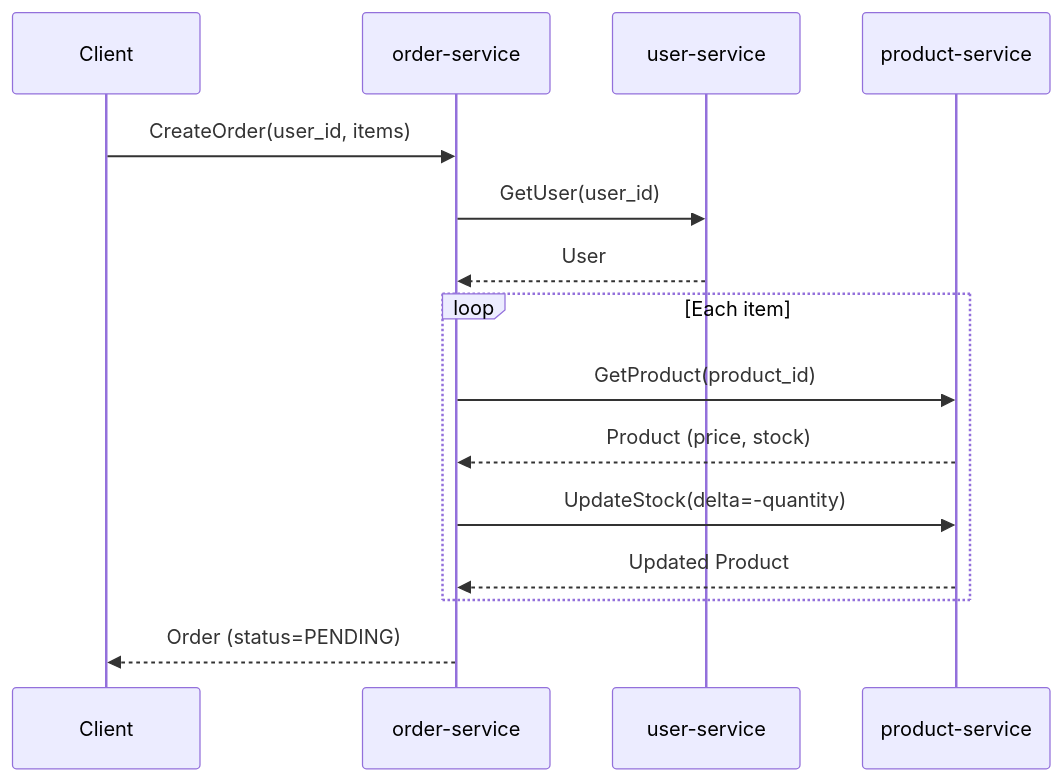
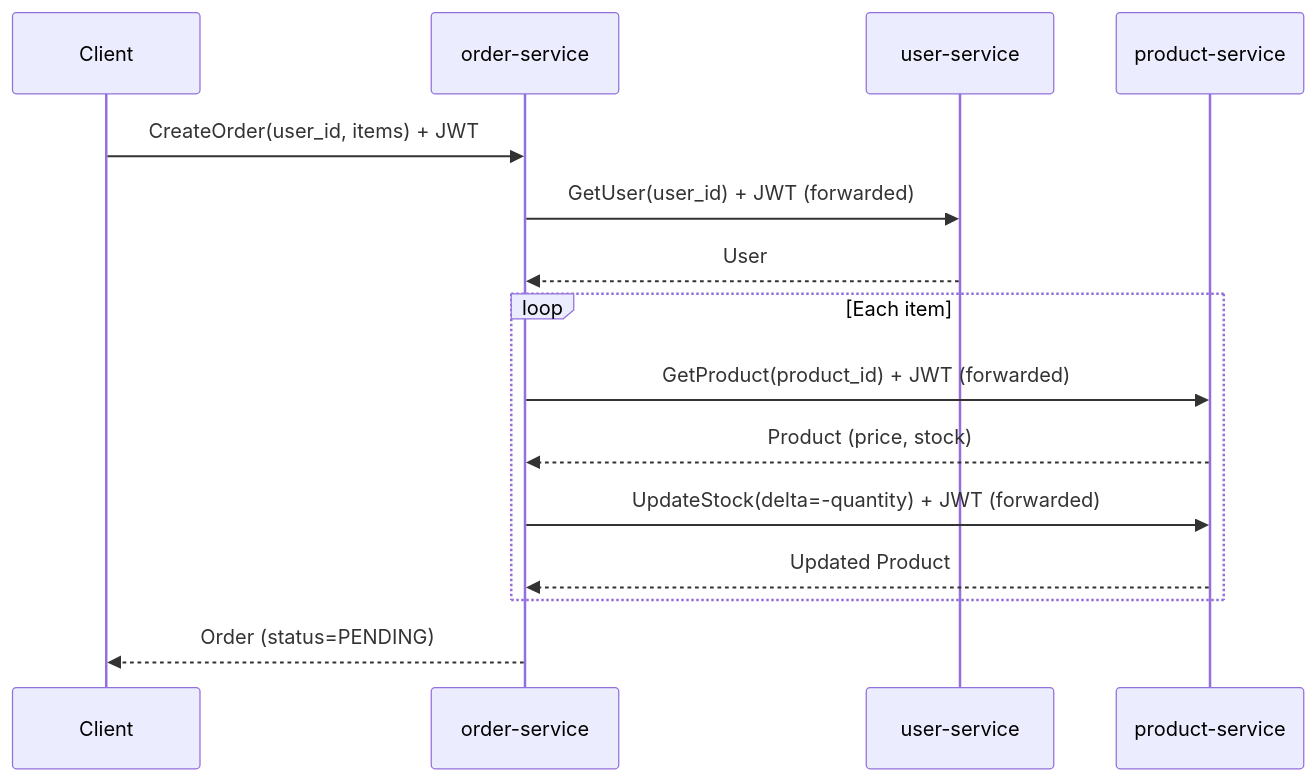
One commit to kkito0726/golang-connect-microservice changed the third of 5 diagrams in README.md. Above: the diagram before and after it, drawn with Mermaid. The commit also changed other lines of this file, not shown here.

````diff
--- a/README.md
+++ b/README.md
@@ -54,18 +71,18 @@
 ```mermaid
 sequenceDiagram
     participant Client
     participant Order as order-service
     participant User as user-service
     participant Product as product-service
 
-    Client->>Order: CreateOrder(user_id, items)
-    Order->>User: GetUser(user_id)
+    Client->>Order: CreateOrder(user_id, items) + JWT
+    Order->>User: GetUser(user_id) + JWT (forwarded)
     User-->>Order: User
     loop Each item
-        Order->>Product: GetProduct(product_id)
+        Order->>Product: GetProduct(product_id) + JWT (forwarded)
         Product-->>Order: Product (price, stock)
-        Order->>Product: UpdateStock(delta=-quantity)
+        Order->>Product: UpdateStock(delta=-quantity) + JWT (forwarded)
         Product-->>Order: Updated Product
     end
     Order-->>Client: Order (status=PENDING)
 ```
````
